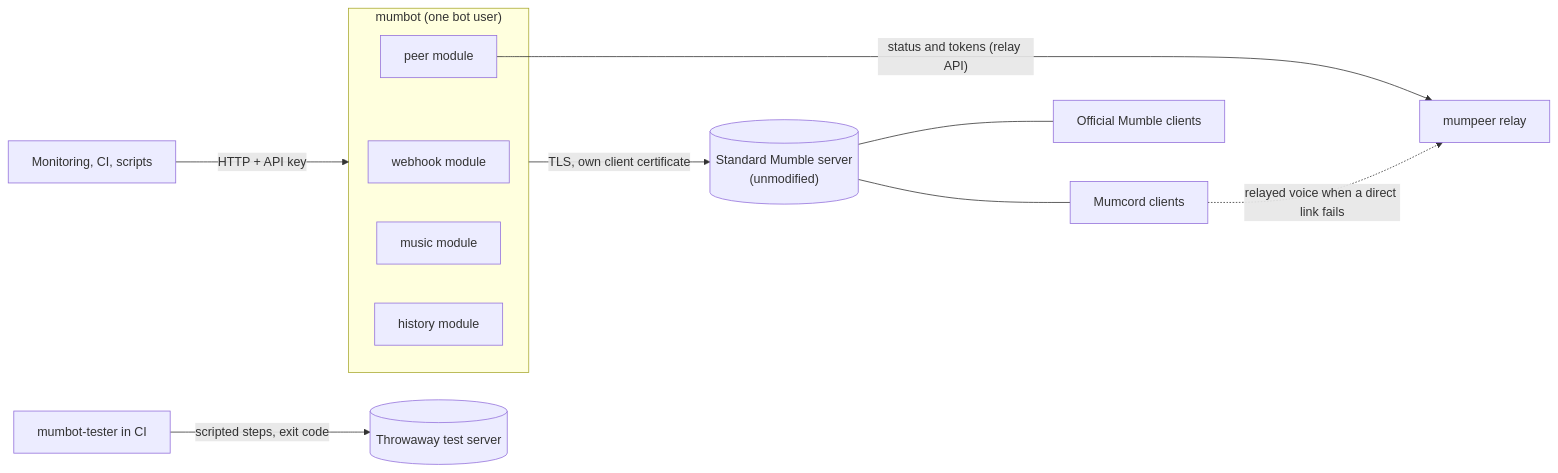
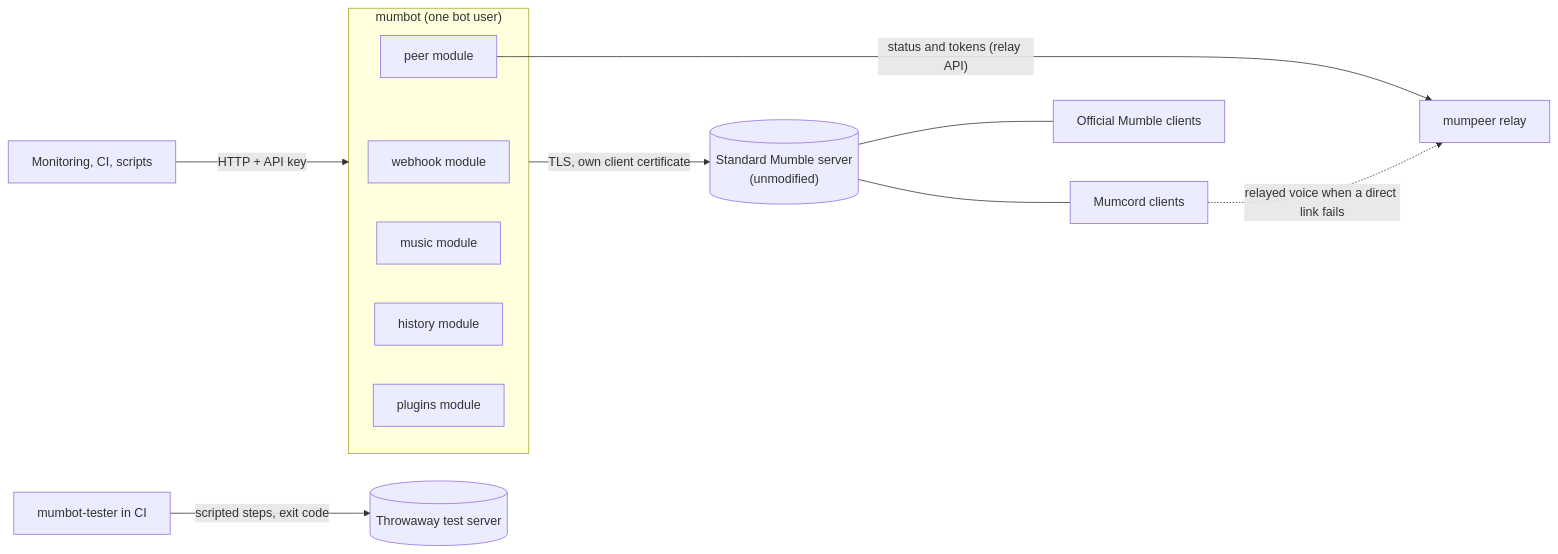
The diagram in README.md (Mumcord/mumbot), drawn with Mermaid before and after one commit. The commit also changed other lines of this file and 8 other files, not shown here.

````diff
--- a/README.md
+++ b/README.md
@@ -49,16 +50,17 @@
 ```mermaid
 flowchart LR
     ci["Monitoring, CI, scripts"] -- "HTTP + API key" --> bot
     subgraph bot ["mumbot (one bot user)"]
         webhook["webhook module"]
         peer["peer module"]
         music["music module"]
         history["history module"]
+        plugins["plugins module"]
     end
     bot -- "TLS, own client certificate" --> server[("Standard Mumble server<br/>(unmodified)")]
     peer -- "status and tokens (relay API)" --> relay["mumpeer relay"]
     server --- mumcord["Mumcord clients"]
     server --- mumble["Official Mumble clients"]
     mumcord -. "relayed voice when a direct link fails" .-> relay
     tester["mumbot-tester in CI"] -- "scripted steps, exit code" --> testsrv[("Throwaway test server")]
 ```
````
